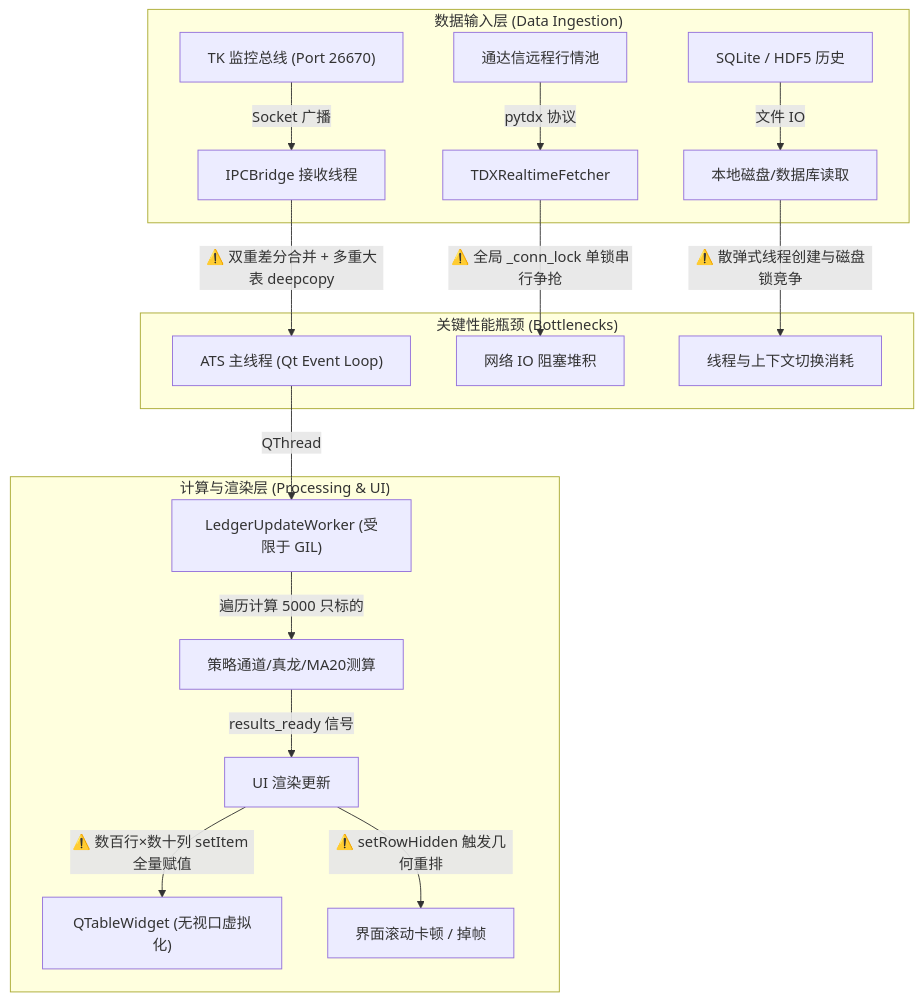
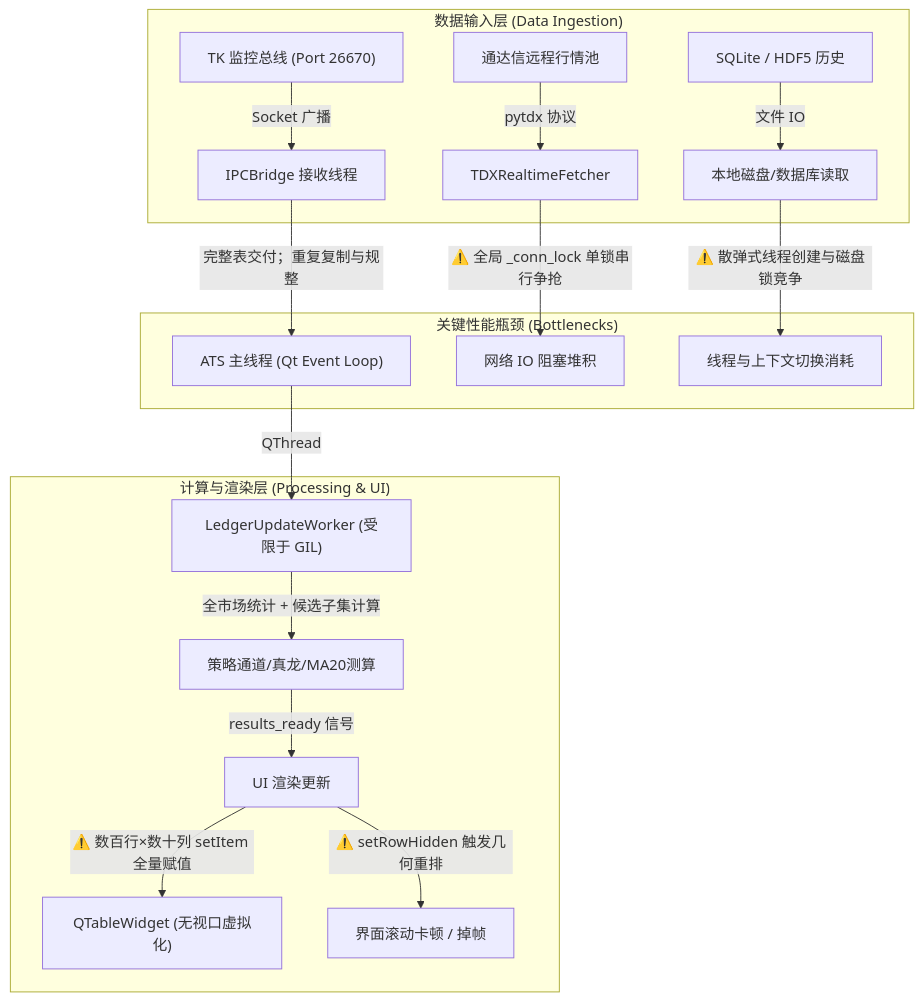
The first of 2 diagrams in stock_standalone/design/ATS系统全流程性能优化分析与实施方案规划.md (johnsonhongyi/pyQuant3), drawn with Mermaid before and after one commit. The commit also changed other lines of this file and 4 other files, not shown here.

````diff
--- a/stock_standalone/design/ATS系统全流程性能优化分析与实施方案规划.md
+++ b/stock_standalone/design/ATS系统全流程性能优化分析与实施方案规划.md
@@ -12,22 +16,22 @@
 ```mermaid
 flowchart TD
     subgraph DataIngestion ["数据输入层 (Data Ingestion)"]
         IPC["TK 监控总线 (Port 26670)"] -->|"Socket 广播"| IPCBridge["IPCBridge 接收线程"]
         TDX["通达信远程行情池"] -->|"pytdx 协议"| TDXFetcher["TDXRealtimeFetcher"]
         LocalDB["SQLite / HDF5 历史"] -->|"文件 IO"| DiskIO["本地磁盘/数据库读取"]
     end
 
     subgraph Bottlenecks ["关键性能瓶颈 (Bottlenecks)"]
-        IPCBridge -->|"⚠️ 双重差分合并 + 多重大表 deepcopy"| MainThread["ATS 主线程 (Qt Event Loop)"]
+        IPCBridge -->|"完整表交付；重复复制与规整"| MainThread["ATS 主线程 (Qt Event Loop)"]
         TDXFetcher -->|"⚠️ 全局 _conn_lock 单锁串行争抢"| LockContention["网络 IO 阻塞堆积"]
         DiskIO -->|"⚠️ 散弹式线程创建与磁盘锁竞争"| ThreadStorm["线程与上下文切换消耗"]
     end
 
     subgraph Processing ["计算与渲染层 (Processing & UI)"]
         MainThread -->|"QThread"| Worker["LedgerUpdateWorker (受限于 GIL)"]
-        Worker -->|"遍历计算 5000 只标的"| ComputeHeavy["策略通道/真龙/MA20测算"]
+        Worker -->|"全市场统计 + 候选子集计算"| ComputeHeavy["策略通道/真龙/MA20测算"]
         ComputeHeavy -->|"results_ready 信号"| UIRender["UI 渲染更新"]
         UIRender -->|"⚠️ 数百行×数十列 setItem 全量赋值"| TableWidget["QTableWidget (无视口虚拟化)"]
         UIRender -->|"⚠️ setRowHidden 触发几何重排"| LayoutLag["界面滚动卡顿 / 掉帧"]
     end
 ```
````
